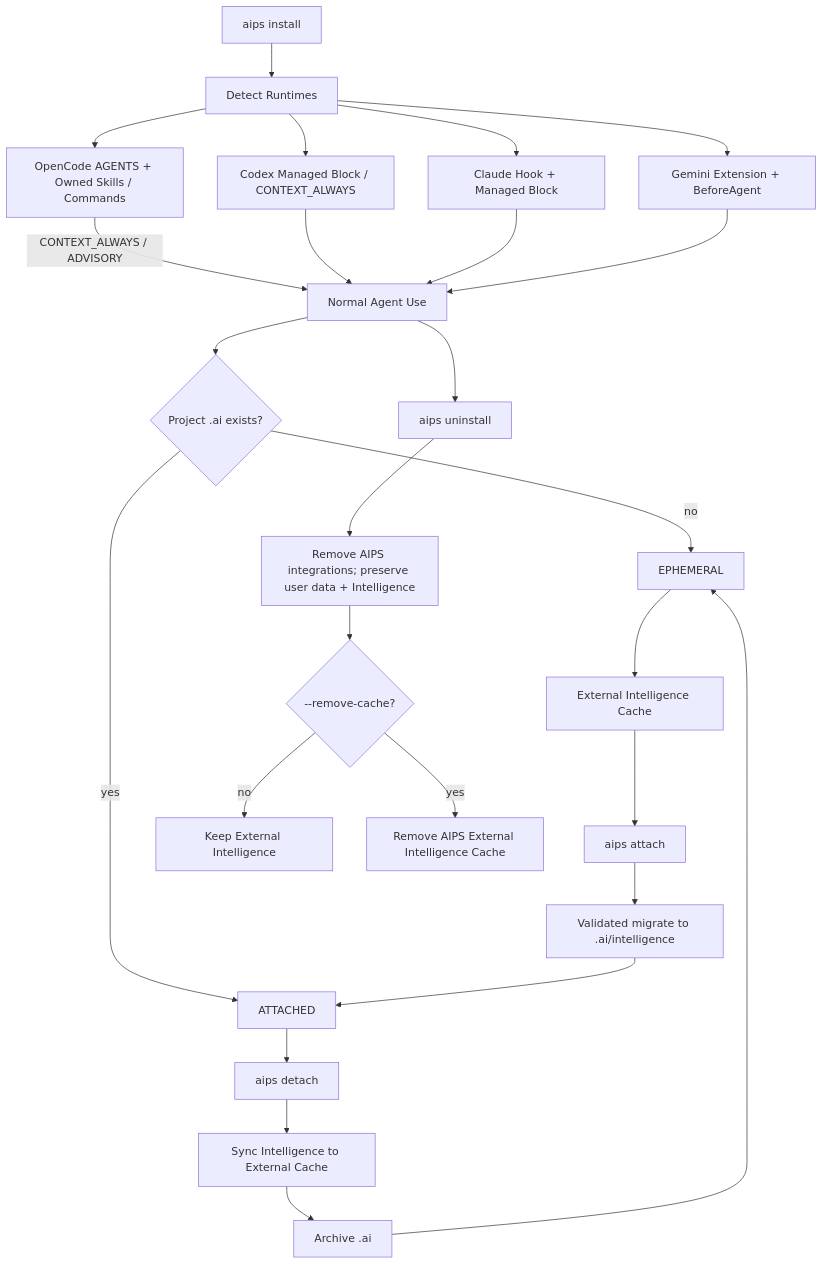
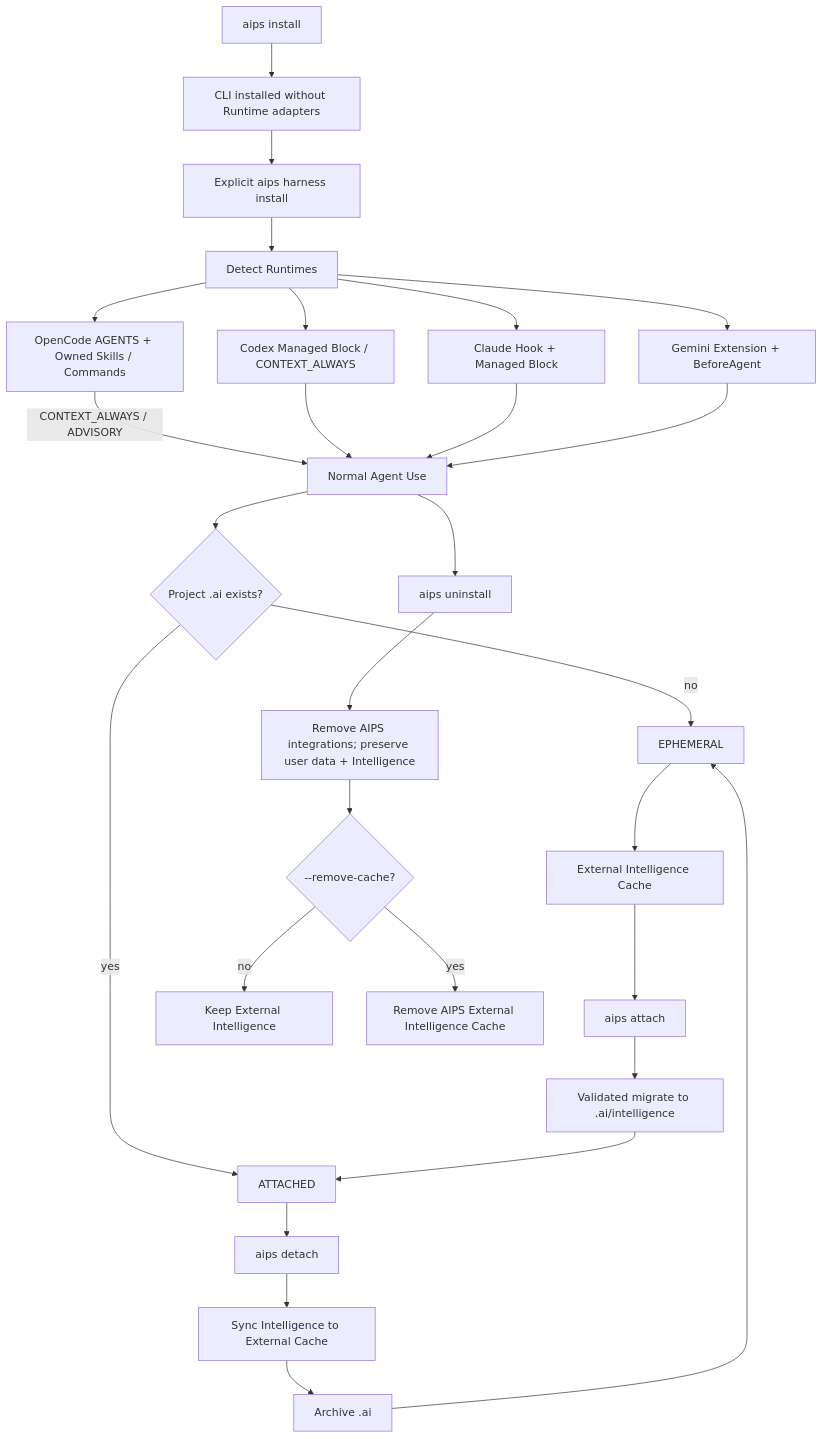
Diagram 35 of 50 in docs/ARCHITECTURE.md (LucasLu3918/ai-product-system), drawn with Mermaid before and after one commit. The commit also changed other lines of this file and 28 other files, not shown here.

Commit message:
feat: make runtime harness opt-in and preserve state

```diff
--- a/docs/ARCHITECTURE.md
+++ b/docs/ARCHITECTURE.md
@@ -909,28 +911,30 @@
 ~~~mermaid
 flowchart TD
-    INSTALL[aips install] --> DET[Detect Runtimes]
+    INSTALL[aips install] --> CLI[CLI installed without Runtime adapters]
+    CLI --> ENABLE[Explicit aips harness install]
+    ENABLE --> DET[Detect Runtimes]
     DET --> C[Codex Managed Block / CONTEXT_ALWAYS]
     DET --> CL[Claude Hook + Managed Block]
     DET --> G[Gemini Extension + BeforeAgent]
     DET --> OC[OpenCode AGENTS + Owned Skills / Commands]
     OC -->|CONTEXT_ALWAYS / ADVISORY| USE
     C --> USE[Normal Agent Use]
     CL --> USE
     G --> USE
     USE --> PM{Project .ai exists?}
     PM -->|no| E[EPHEMERAL]
     PM -->|yes| A[ATTACHED]
     E --> EC[External Intelligence Cache]
     EC --> AT[aips attach]
     AT --> MIG[Validated migrate to .ai/intelligence]
     MIG --> A
     A --> DT[aips detach]
     DT --> SYNC[Sync Intelligence to External Cache]
     SYNC --> ARC[Archive .ai]
     ARC --> E
     USE --> UN[aips uninstall]
     UN --> KEEP[Remove AIPS integrations; preserve user data + Intelligence]
     KEEP --> RC{--remove-cache?}
     RC -->|no| PRES[Keep External Intelligence]
     RC -->|yes| DEL[Remove AIPS External Intelligence Cache]
 ~~~
```
